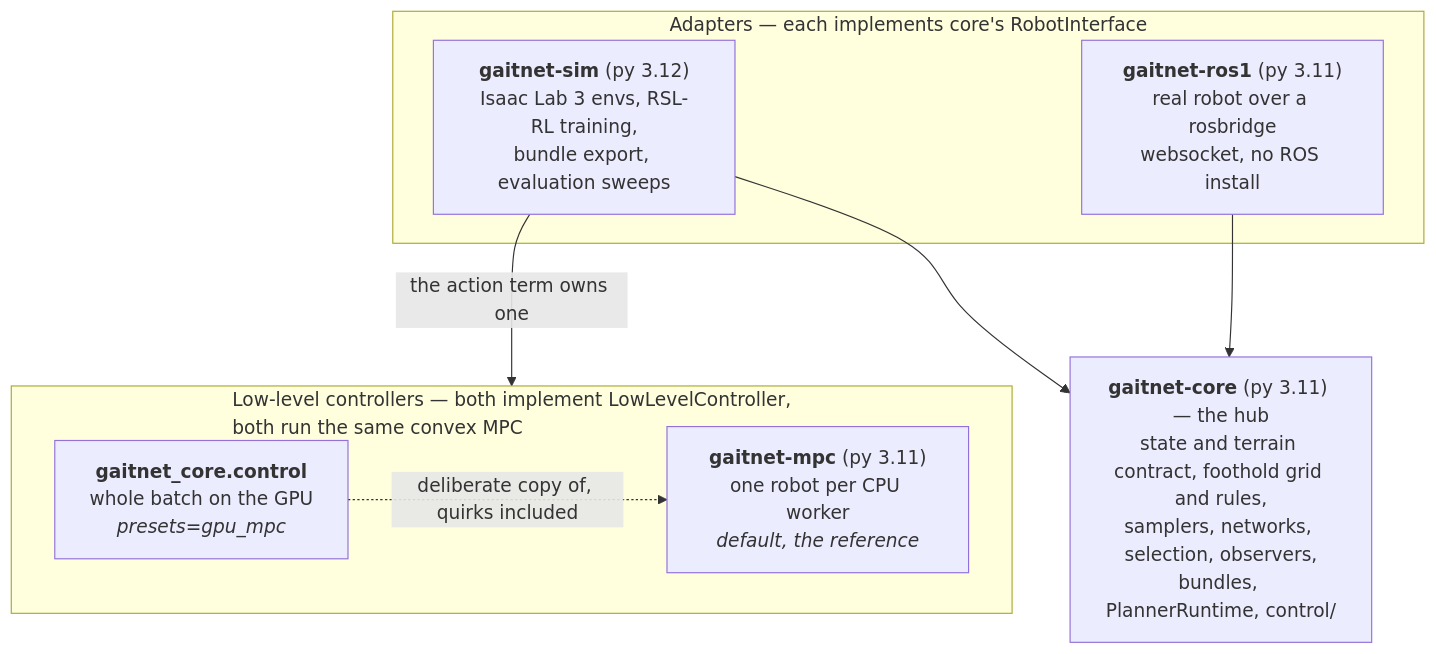
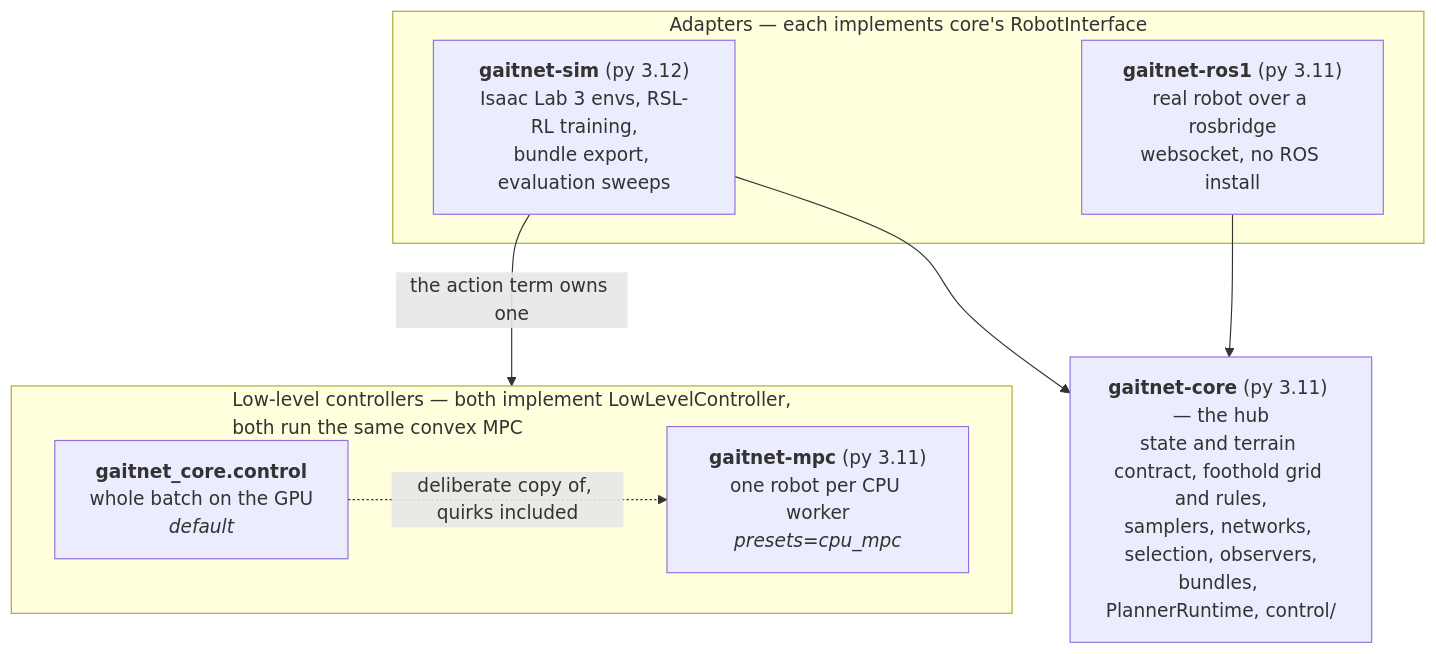
Before and after one commit to opsullivan85/gaitnet: the first of 5 diagrams in ARCHITECTURE.md, drawn with Mermaid. The commit also changed other lines of this file and 19 other files, not shown here.

````diff
--- a/ARCHITECTURE.md
+++ b/ARCHITECTURE.md
@@ -28,19 +28,19 @@
 ```mermaid
 flowchart TB
     subgraph adapters["Adapters — each implements core's RobotInterface"]
         sim["<b>gaitnet-sim</b> (py 3.12)<br/>Isaac Lab 3 envs, RSL-RL training,<br/>bundle export, evaluation sweeps"]
         ros1["<b>gaitnet-ros1</b> (py 3.11)<br/>real robot over a rosbridge<br/>websocket, no ROS install"]
     end
 
     core["<b>gaitnet-core</b> (py 3.11) — the hub<br/>state and terrain contract, foothold grid and rules,<br/>samplers, networks, selection, observers,<br/>bundles, PlannerRuntime, control/"]
 
     subgraph ctl["Low-level controllers — both implement LowLevelController,<br/>both run the same convex MPC"]
-        pool["<b>gaitnet-mpc</b> (py 3.11)<br/>one robot per CPU worker<br/><i>default, the reference</i>"]
-        gpu["<b>gaitnet_core.control</b><br/>whole batch on the GPU<br/><i>presets=gpu_mpc</i>"]
+        pool["<b>gaitnet-mpc</b> (py 3.11)<br/>one robot per CPU worker<br/><i>presets=cpu_mpc</i>"]
+        gpu["<b>gaitnet_core.control</b><br/>whole batch on the GPU<br/><i>default</i>"]
     end
 
     sim --> core
     ros1 --> core
     sim -->|"the action term owns one"| ctl
     gpu -. "deliberate copy of, quirks included" .-> pool
 ```
````
